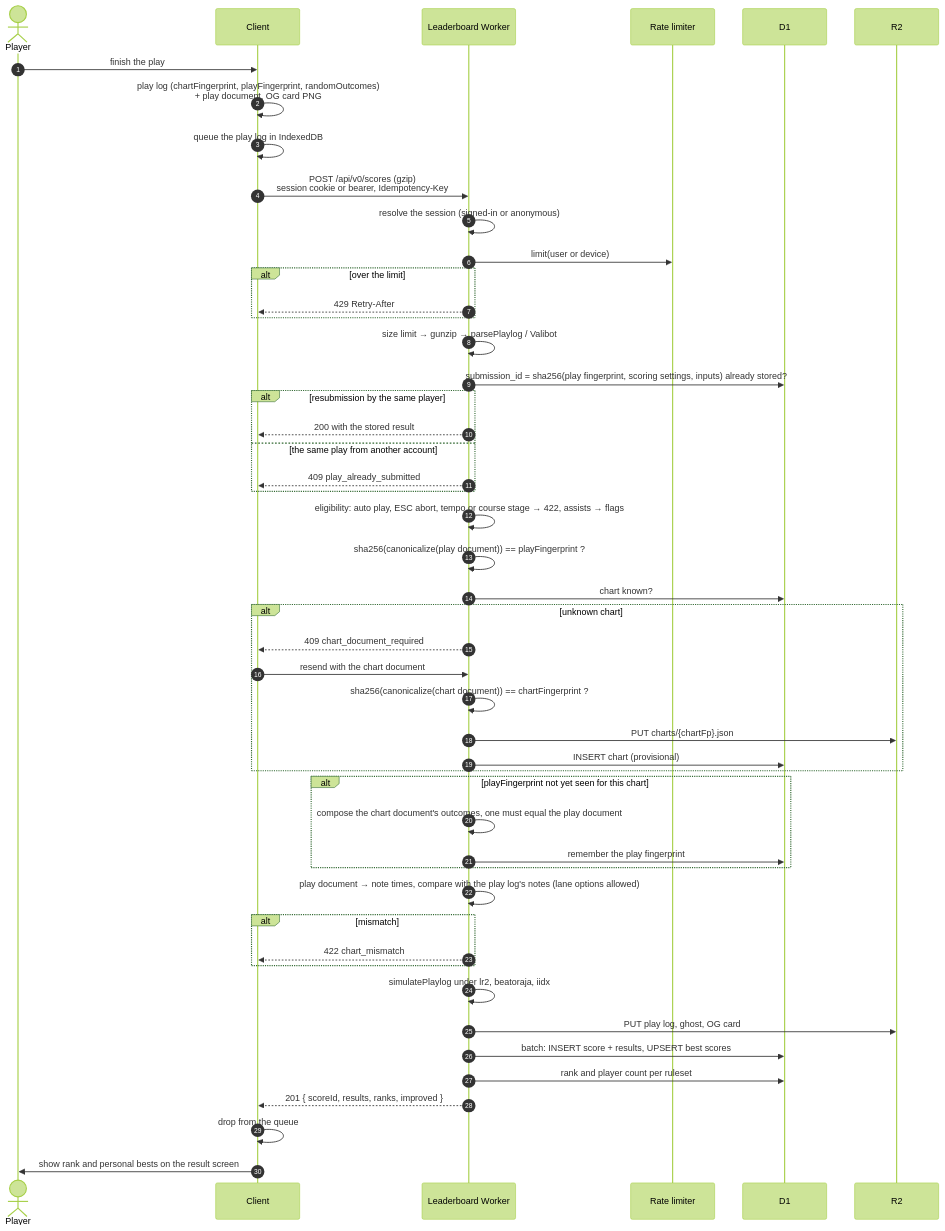
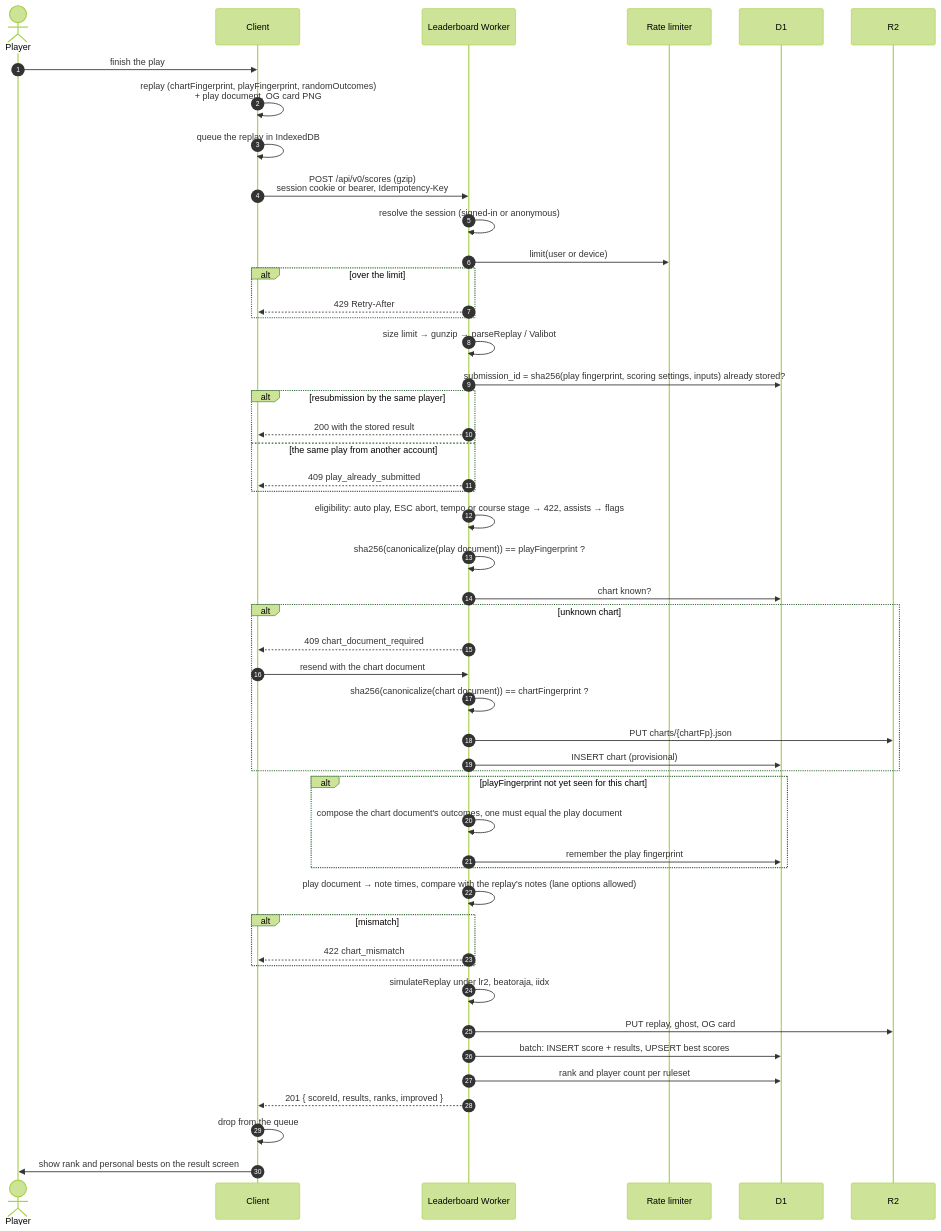
Before and after one commit to nulltask/be-music: the second of 4 diagrams in docs/leaderboard.md, drawn with Mermaid (forest theme). The commit also changed other lines of this file and 603 other files, not shown here.

Commit message:
refactor: align chart, replay, and judgment terminology

````diff
--- a/docs/leaderboard.md
+++ b/docs/leaderboard.md
@@ -131,52 +131,52 @@
 ```mermaid
 sequenceDiagram
     autonumber
     actor P as Player
     participant C as Client
     participant A as Leaderboard Worker
     participant RL as Rate limiter
     participant D as D1
     participant R as R2
 
     P->>C: finish the play
-    C->>C: play log (chartFingerprint, playFingerprint, randomOutcomes)<br/>+ play document, OG card PNG
-    C->>C: queue the play log in IndexedDB
+    C->>C: replay (chartFingerprint, playFingerprint, randomOutcomes)<br/>+ play document, OG card PNG
+    C->>C: queue the replay in IndexedDB
     C->>A: POST /api/v0/scores (gzip)<br/>session cookie or bearer, Idempotency-Key
     A->>A: resolve the session (signed-in or anonymous)
     A->>RL: limit(user or device)
     alt over the limit
         A-->>C: 429 Retry-After
     end
-    A->>A: size limit → gunzip → parsePlaylog / Valibot
+    A->>A: size limit → gunzip → parseReplay / Valibot
     A->>D: submission_id = sha256(play fingerprint, scoring settings, inputs) already stored?
     alt resubmission by the same player
         A-->>C: 200 with the stored result
     else the same play from another account
         A-->>C: 409 play_already_submitted
     end
     A->>A: eligibility: auto play, ESC abort, tempo or course stage → 422, assists → flags
     A->>A: sha256(canonicalize(play document)) == playFingerprint ?
     A->>D: chart known?
     alt unknown chart
         A-->>C: 409 chart_document_required
         C->>A: resend with the chart document
         A->>A: sha256(canonicalize(chart document)) == chartFingerprint ?
         A->>R: PUT charts/{chartFp}.json
         A->>D: INSERT chart (provisional)
     end
     alt playFingerprint not yet seen for this chart
         A->>A: compose the chart document's outcomes, one must equal the play document
         A->>D: remember the play fingerprint
     end
-    A->>A: play document → note times, compare with the play log's notes (lane options allowed)
+    A->>A: play document → note times, compare with the replay's notes (lane options allowed)
     alt mismatch
         A-->>C: 422 chart_mismatch
     end
-    A->>A: simulatePlaylog under lr2, beatoraja, iidx
-    A->>R: PUT play log, ghost, OG card
+    A->>A: simulateReplay under lr2, beatoraja, iidx
+    A->>R: PUT replay, ghost, OG card
     A->>D: batch: INSERT score + results, UPSERT best scores
     A->>D: rank and player count per ruleset
     A-->>C: 201 { scoreId, results, ranks, improved }
     C->>C: drop from the queue
     C->>P: show rank and personal bests on the result screen
 ```
````
